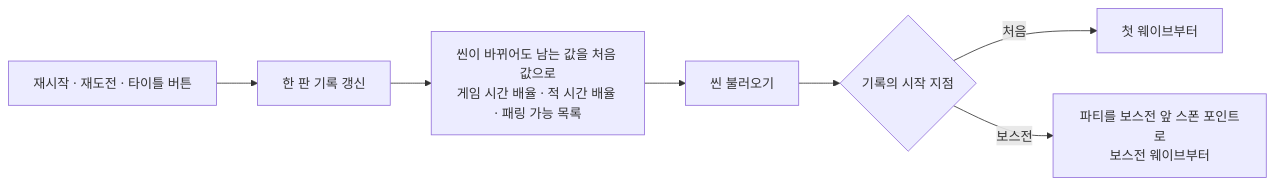
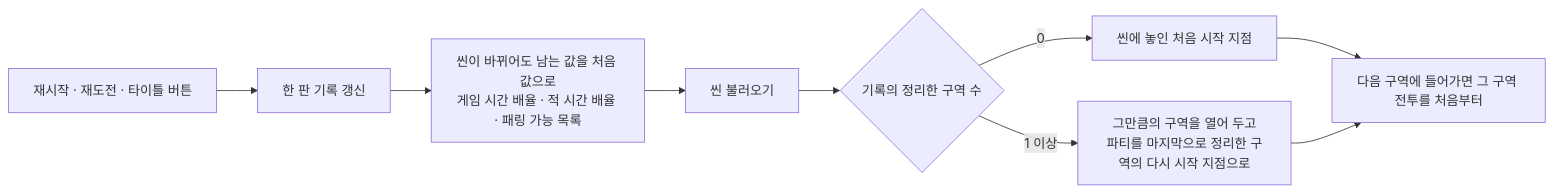
One commit to SquashPrince/Develrocket_mp15_HHH changed the third of 4 diagrams in Docs/Technical/Game/GameFlow.md. Above: the diagram before and after it, drawn with Mermaid. The commit also changed other lines of this file and 51 other files, not shown here.

````diff
--- a/Docs/Technical/Game/GameFlow.md
+++ b/Docs/Technical/Game/GameFlow.md
@@ -97,9 +111,10 @@
 ```mermaid
 flowchart LR
     A["재시작 · 재도전 · 타이틀 버튼"] --> R["한 판 기록 갱신"]
     R --> P["씬이 바뀌어도 남는 값을 처음 값으로<br>게임 시간 배율 · 적 시간 배율 · 패링 가능 목록"]
     P --> L["씬 불러오기"]
-    L --> I{"기록의 시작 지점"}
-    I -->|"처음"| W["첫 웨이브부터"]
-    I -->|"보스전"| C["파티를 보스전 앞 스폰 포인트로<br>보스전 웨이브부터"]
+    L --> I{"기록의 정리한 구역 수"}
+    I -->|"0"| W["씬에 놓인 처음 시작 지점"]
+    I -->|"1 이상"| C["그만큼의 구역을 열어 두고<br>파티를 마지막으로 정리한 구역의 다시 시작 지점으로"]
+    W & C --> N["다음 구역에 들어가면 그 구역 전투를 처음부터"]
 ```
````
